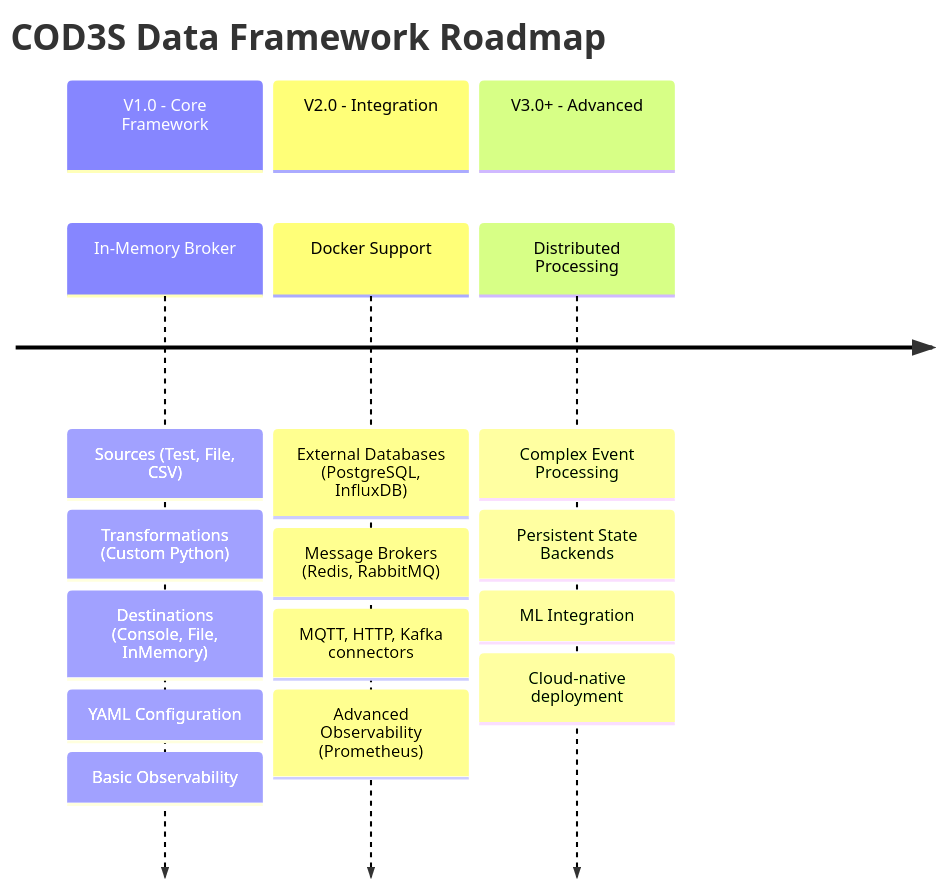
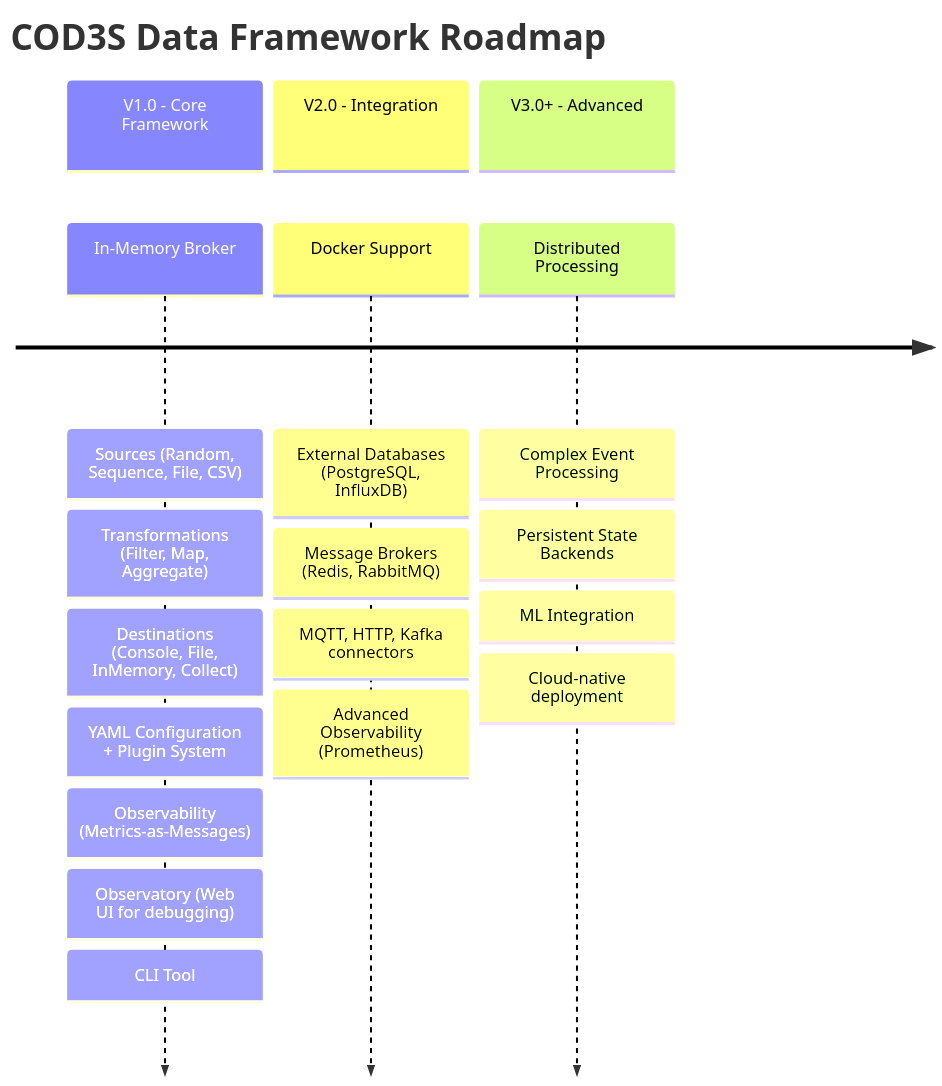
Before and after one commit to edgemind-sas/cod3s-data: the diagram in docs/specifications/FUNCTIONAL_SPECIFICATION/00-OVERVIEW.md, drawn with Mermaid. The commit also changed other lines of this file and 15 other files, not shown here.

````diff
--- a/docs/specifications/FUNCTIONAL_SPECIFICATION/00-OVERVIEW.md
+++ b/docs/specifications/FUNCTIONAL_SPECIFICATION/00-OVERVIEW.md
@@ -128,23 +128,25 @@
 ```mermaid
 timeline
     title COD3S Data Framework Roadmap
 
     section V1.0 - Core Framework
-        In-Memory Broker : Sources (Test, File, CSV)
-                         : Transformations (Custom Python)
-                         : Destinations (Console, File, InMemory)
-                         : YAML Configuration
-                         : Basic Observability
+        In-Memory Broker : Sources (Random, Sequence, File, CSV)
+                         : Transformations (Filter, Map, Aggregate)
+                         : Destinations (Console, File, InMemory, Collect)
+                         : YAML Configuration + Plugin System
+                         : Observability (Metrics-as-Messages)
+                         : Observatory (Web UI for debugging)
+                         : CLI Tool
 
     section V2.0 - Integration
         Docker Support : External Databases (PostgreSQL, InfluxDB)
                        : Message Brokers (Redis, RabbitMQ)
                        : MQTT, HTTP, Kafka connectors
                        : Advanced Observability (Prometheus)
 
     section V3.0+ - Advanced
         Distributed Processing : Complex Event Processing
                                : Persistent State Backends
                                : ML Integration
                                : Cloud-native deployment
 ```
````
